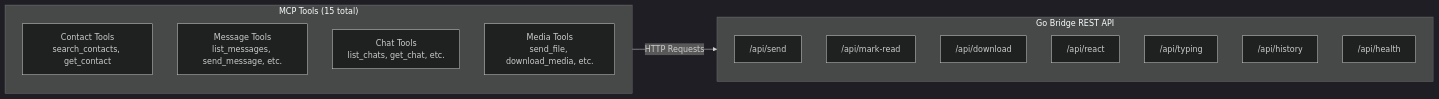
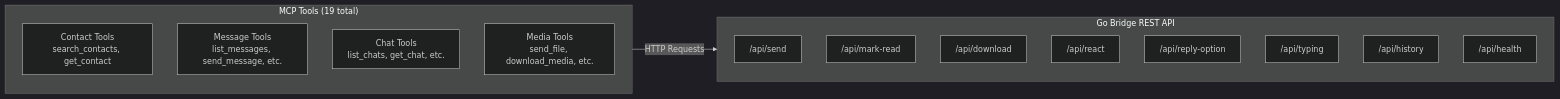
The second of 4 diagrams in README.md (verygoodplugins/whatsapp-mcp), drawn with Mermaid (dark theme) before and after one commit. The commit also changed other lines of this file and 7 other files, not shown here.

First line of the commit message:
feat: reply to interactive messages by option

````diff
--- a/README.md
+++ b/README.md
@@ -942,23 +958,24 @@
 ```mermaid
 flowchart LR
     subgraph GoAPI["Go Bridge REST API"]
         direction TB
         SEND["/api/send"]
         READ["/api/mark-read"]
         DOWN["/api/download"]
         REACT["/api/react"]
+        OPTION["/api/reply-option"]
         TYPE["/api/typing"]
         HIST["/api/history"]
         HEALTH["/api/health"]
     end
 
-    subgraph MCPTools["MCP Tools (15 total)"]
+    subgraph MCPTools["MCP Tools (19 total)"]
         direction TB
         CONT["Contact Tools<br/>search_contacts, get_contact"]
         MSG["Message Tools<br/>list_messages, send_message, etc."]
         CHAT["Chat Tools<br/>list_chats, get_chat, etc."]
         MEDIA["Media Tools<br/>send_file, download_media, etc."]
     end
 
     MCPTools -->|HTTP Requests| GoAPI
 ```
````
